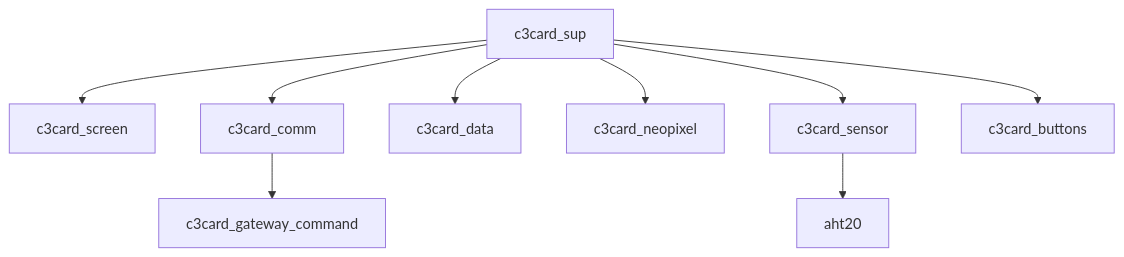
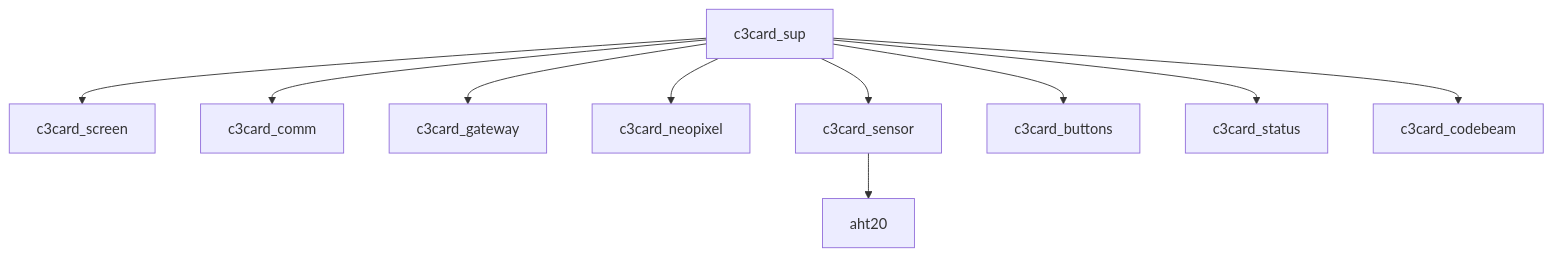
Before and after one commit to esl/c3card: the diagram in workshop.md, drawn with Mermaid. The commit also changed other lines of this file and 6 other files, not shown here.

````diff
--- a/workshop.md
+++ b/workshop.md
@@ -100,13 +104,13 @@
 ```mermaid
 graph TD
   A[c3card_sup] --> B[c3card_screen]
   A --> C[c3card_comm]
-  A --> D[c3card_data]
+  A --> D[c3card_gateway]
   A --> E[c3card_neopixel]
   A --> F[c3card_sensor]
   A --> G[c3card_buttons]
-
-  C --> C1[c3card_gateway_command]
+  A --> H[c3card_status]
+  A --> I[c3card_codebeam]
 
   F --> F1[aht20]
 ```
````
